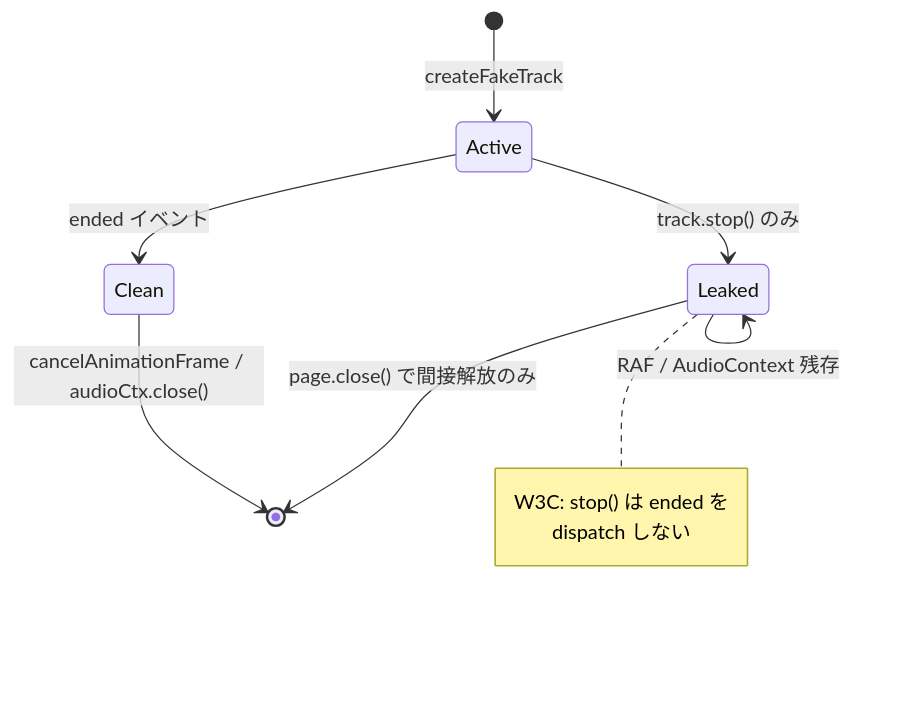
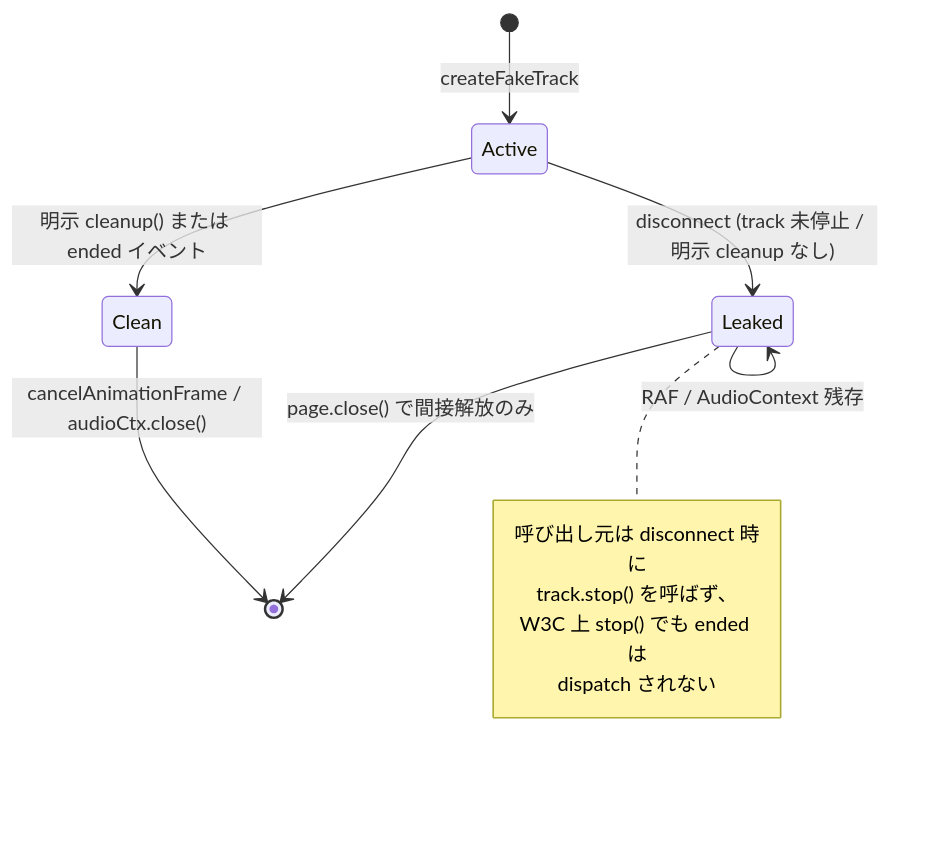
One commit to shiguredo/sora-js-sdk changed the diagram in issues/0028-test-fix-fake-track-raf-audiocontext-leak.md. Above: the diagram before and after it, drawn with Mermaid. The commit also changed other lines of this file and 33 other files, not shown here.

````diff
--- a/issues/0028-test-fix-fake-track-raf-audiocontext-leak.md
+++ b/issues/0028-test-fix-fake-track-raf-audiocontext-leak.md
@@ -24,14 +25,16 @@
 ```mermaid
 stateDiagram-v2
     [*] --> Active: createFakeTrack
-    Active --> Leaked: track.stop() のみ
-    Active --> Clean: ended イベント
+    Active --> Leaked: disconnect (track 未停止 / 明示 cleanup なし)
+    Active --> Clean: 明示 cleanup() または ended イベント
     Leaked --> Leaked: RAF / AudioContext 残存
     Clean --> [*]: cancelAnimationFrame / audioCtx.close()
     Leaked --> [*]: page.close() で間接解放のみ
 
     note right of Leaked
-        W3C: stop() は ended を
-        dispatch しない
+        呼び出し元は disconnect 時に
+        track.stop() を呼ばず、
+        W3C 上 stop() でも ended は
+        dispatch されない
     end note
 ```
````
